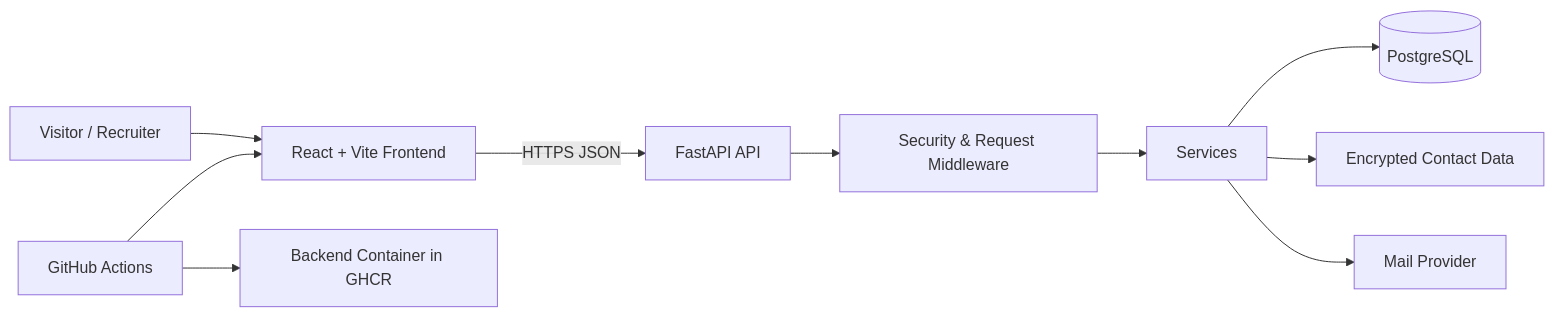
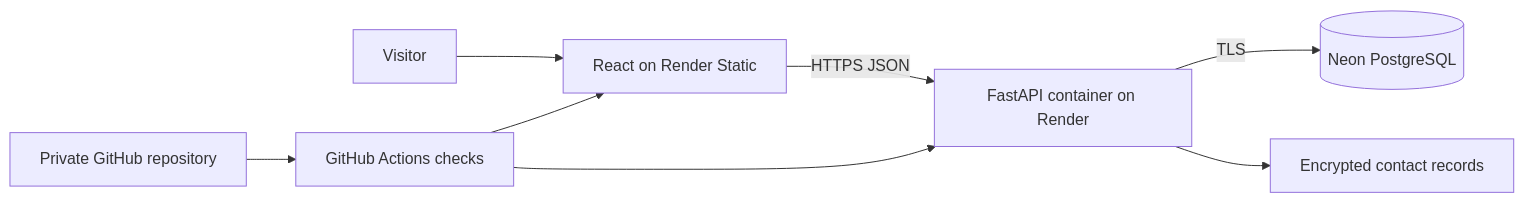
The diagram in README.md (RootArYaN/Aryan_Dev_Port), drawn with Mermaid before and after one commit. The commit also changed other lines of this file and 20 other files, not shown here.

````diff
--- a/README.md
+++ b/README.md
@@ -9,12 +9,10 @@
 ```mermaid
 flowchart LR
-    U[Visitor / Recruiter] --> W[React + Vite Frontend]
-    W -->|HTTPS JSON| A[FastAPI API]
-    A --> M[Security & Request Middleware]
-    M --> S[Services]
-    S --> P[(PostgreSQL)]
-    S --> E[Encrypted Contact Data]
-    S --> SMTP[Mail Provider]
-    G[GitHub Actions] --> W
-    G --> I[Backend Container in GHCR]
+    V[Visitor] --> W[React on Render Static]
+    W -->|HTTPS JSON| A[FastAPI container on Render]
+    A -->|TLS| P[(Neon PostgreSQL)]
+    A --> E[Encrypted contact records]
+    G[Private GitHub repository] --> C[GitHub Actions checks]
+    C --> W
+    C --> A
 ```
````
